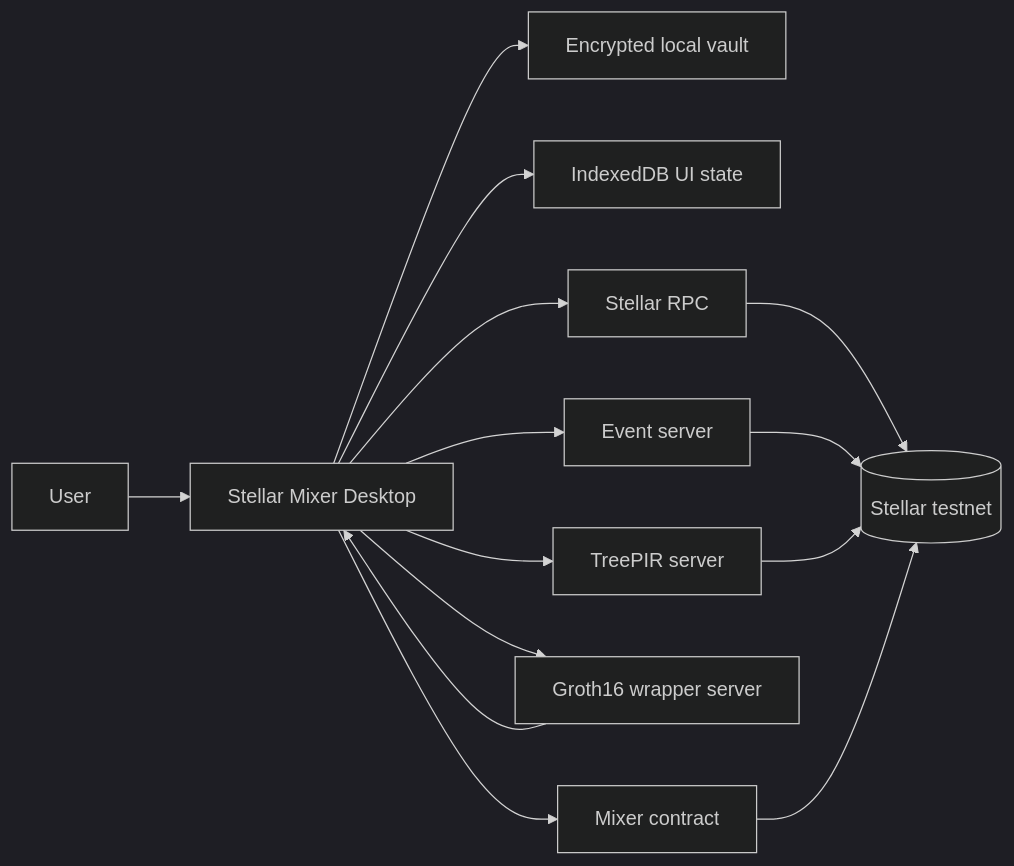
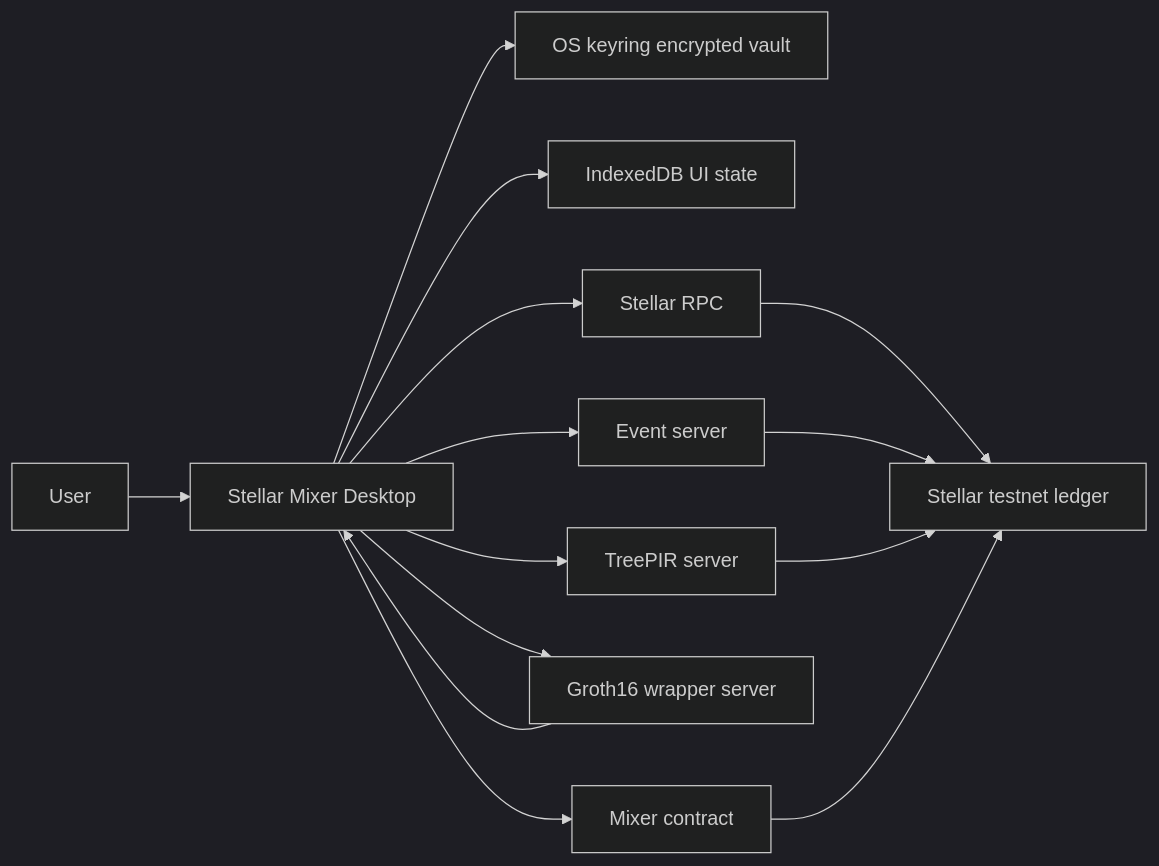
The first of 4 diagrams in README.md (stellar-mixer/stellar-mixer-desktop), drawn with Mermaid (dark theme) before and after one commit. The commit also changed other lines of this file, not shown here.

Commit message:
Polish desktop README

````diff
--- a/README.md
+++ b/README.md
@@ -40,19 +40,19 @@
 ```mermaid
 flowchart LR
     User[User] --> Desktop[Stellar Mixer Desktop]
 
-    Desktop --> Vault[Encrypted local vault]
+    Desktop --> Vault[OS keyring encrypted vault]
     Desktop --> UIState[IndexedDB UI state]
 
     Desktop --> RPC[Stellar RPC]
+    Desktop --> Archive[Event server]
     Desktop --> TreePIR[TreePIR server]
-    Desktop --> Archive[Event server]
     Desktop --> Wrap[Groth16 wrapper server]
+    Desktop --> Contract[Mixer contract]
 
-    RPC --> Chain[(Stellar testnet)]
+    RPC --> Chain[Stellar testnet ledger]
     Archive --> Chain
     TreePIR --> Chain
-    Desktop --> Contract[Mixer contract]
+    Contract --> Chain
     Wrap --> Desktop
-    Contract --> Chain
 ```
````
